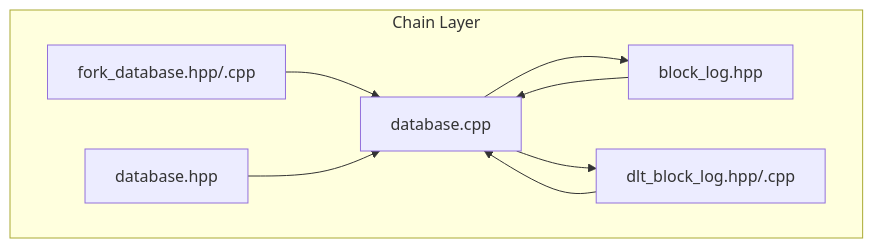
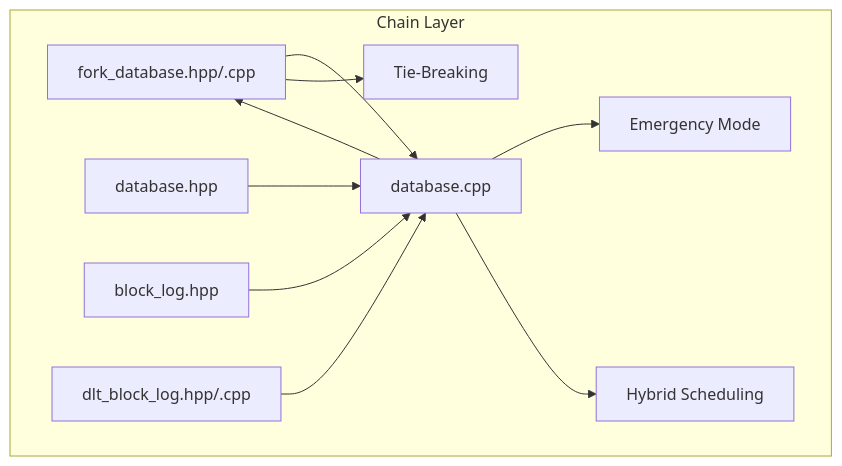
Before and after one commit to VIZ-Blockchain/viz-cpp-node: the first of 12 diagrams in .qoder/repowiki/en/content/Architecture Overview/Core Libraries/Chain Library/Fork Resolution and Consensus.md, drawn with Mermaid. The commit also changed other lines of this file and 4 other files, not shown here.

````diff
--- a/.qoder/repowiki/en/content/Architecture Overview/Core Libraries/Chain Library/Fork Resolution and Consensus.md
+++ b/.qoder/repowiki/en/content/Architecture Overview/Core Libraries/Chain Library/Fork Resolution and Consensus.md
@@ -45,16 +52,21 @@
 ```mermaid
 graph TB
 subgraph "Chain Layer"
 FD["fork_database.hpp/.cpp"]
 DBH["database.hpp"]
 DBC["database.cpp"]
 BLH["block_log.hpp"]
 DLTH["dlt_block_log.hpp/.cpp"]
+END["Emergency Mode"]
+END2["Hybrid Scheduling"]
+END3["Tie-Breaking"]
 end
 FD --> DBC
 DBH --> DBC
 BLH --> DBC
 DLTH --> DBC
-DBC --> BLH
-DBC --> DLTH
+DBC --> FD
+DBC --> END
+DBC --> END2
+FD --> END3
 ```
````
